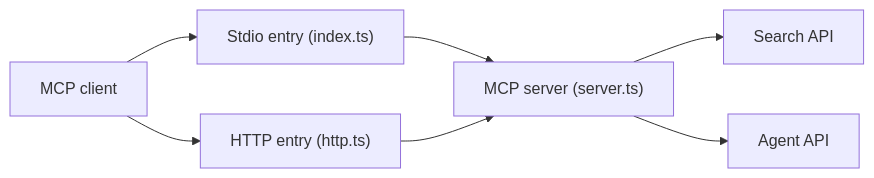
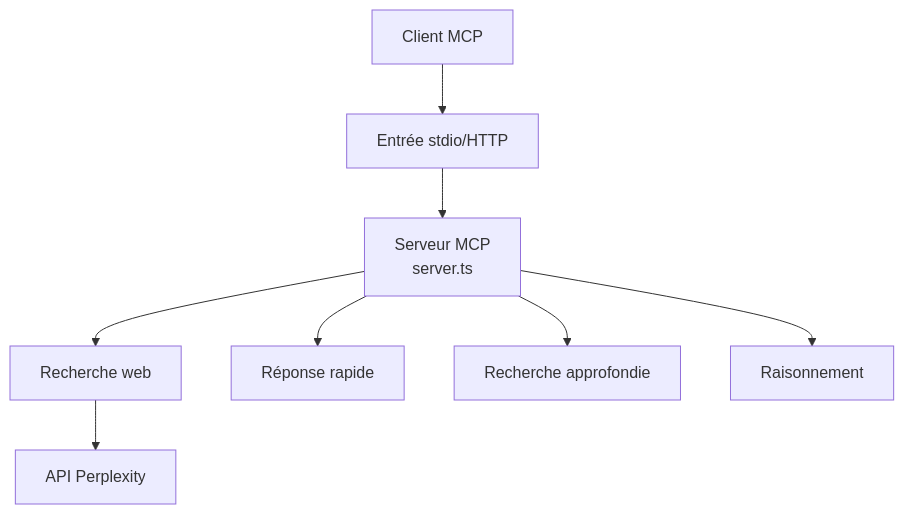
Before and after one commit to floSa/Veille-Repo: the diagram in veille/.data/fiches/perplexityai__modelcontextprotocol.md, drawn with Mermaid. The commit also changed other lines of this file and 1330 other files, not shown here.

First line of the commit message:
Mise à jour du catalogue : 7723 fiches, 7291 diagrammes

````diff
--- a/veille/.data/fiches/perplexityai__modelcontextprotocol.md
+++ b/veille/.data/fiches/perplexityai__modelcontextprotocol.md
@@ -27,9 +27,10 @@
 ```mermaid
-flowchart LR
-  A["MCP client"] --> B["Stdio entry (index.ts)"]
-  A --> C["HTTP entry (http.ts)"]
-  B --> D["MCP server (server.ts)"]
-  C --> D
-  D --> E["Search API"]
-  D --> F["Agent API"]
+flowchart TD
+  client["Client MCP"] --> stdio["Entrée stdio/HTTP"]
+  stdio --> mcp["Serveur MCP<br/>server.ts"]
+  mcp --> search["Recherche web"]
+  mcp --> ask["Réponse rapide"]
+  mcp --> research["Recherche approfondie"]
+  mcp --> reason["Raisonnement"]
+  search --> api["API Perplexity"]
 ```
````
